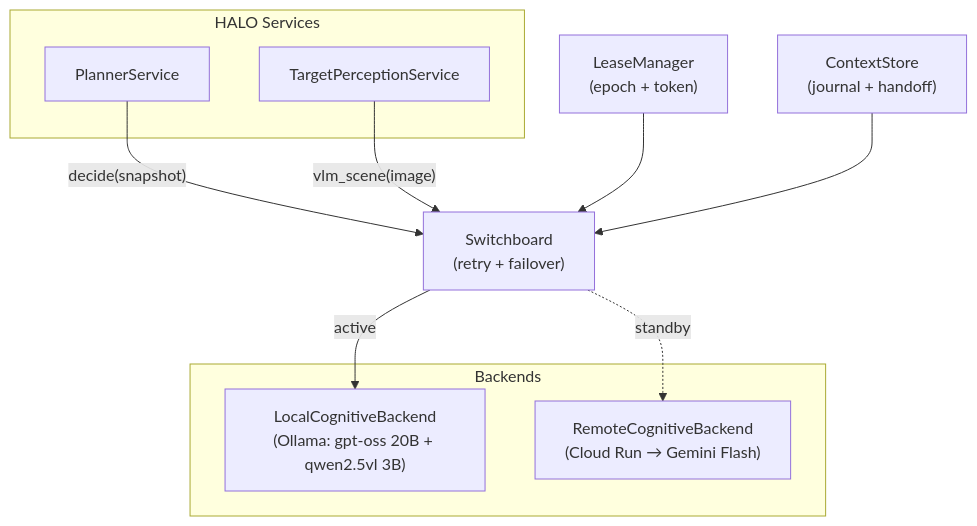
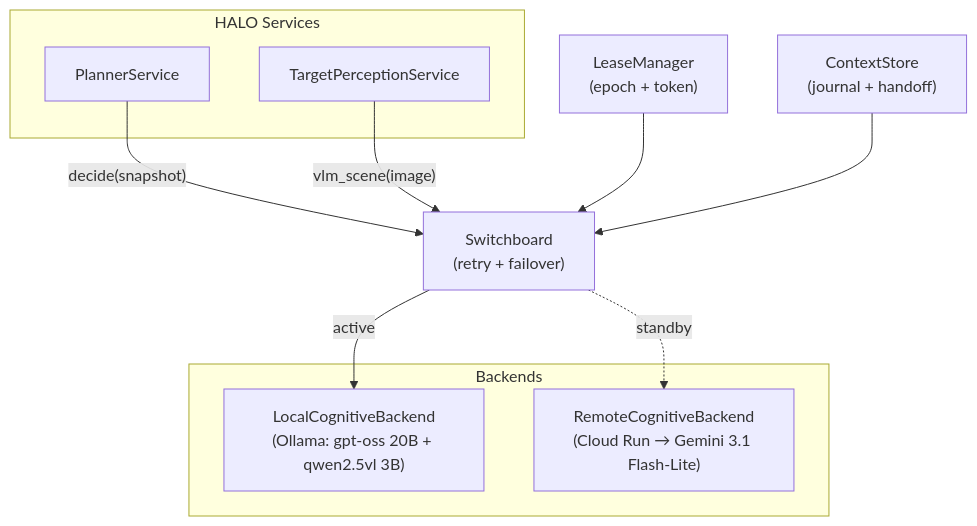
Before and after one commit to andrei-ace/HALO: the third of 10 diagrams in docs/halo_architecture.md, drawn with Mermaid. The commit also changed other lines of this file and 2 other files, not shown here.

First line of the commit message:
docs: replace mermaid architecture diagrams with rendered SVG

````diff
--- a/docs/halo_architecture.md
+++ b/docs/halo_architecture.md
@@ -226,22 +186,22 @@
 ```mermaid
 flowchart TB
     subgraph Services["HALO Services"]
         PS["PlannerService"]
         TPS["TargetPerceptionService"]
     end
 
     SB["Switchboard<br/>(retry + failover)"]
 
     subgraph Backends["Backends"]
         LOCAL["LocalCognitiveBackend<br/>(Ollama: gpt-oss 20B + qwen2.5vl 3B)"]
-        CLOUD["RemoteCognitiveBackend<br/>(Cloud Run → Gemini Flash)"]
+        CLOUD["RemoteCognitiveBackend<br/>(Cloud Run → Gemini 3.1 Flash-Lite)"]
     end
 
     PS -->|"decide(snapshot)"| SB
     TPS -->|"vlm_scene(image)"| SB
     SB -->|"active"| LOCAL
     SB -.->|"standby"| CLOUD
 
     LM["LeaseManager<br/>(epoch + token)"] --> SB
     CS["ContextStore<br/>(journal + handoff)"] --> SB
 ```
````
